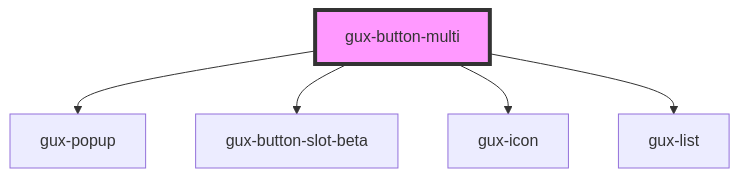
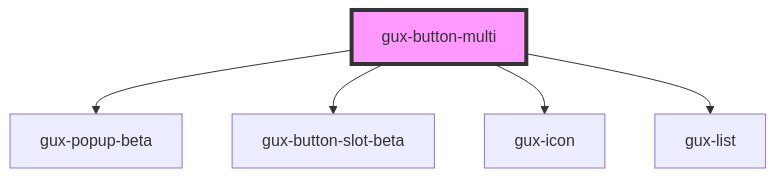
One commit to MyPureCloud/genesys-spark changed the diagram in src/components/stable/gux-button-multi/readme.md. Above: the diagram before and after it, drawn with Mermaid. The commit also changed other lines of this file and 11 other files, not shown here.

First line of the commit message:
fix(gux-popup-beta): action-button and button-multi now use floating-ui popup (#1132)

````diff
--- a/src/components/stable/gux-button-multi/readme.md
+++ b/src/components/stable/gux-button-multi/readme.md
@@ -51,8 +51,8 @@
 ```mermaid
 graph TD;
-  gux-button-multi --> gux-popup
+  gux-button-multi --> gux-popup-beta
   gux-button-multi --> gux-button-slot-beta
   gux-button-multi --> gux-icon
   gux-button-multi --> gux-list
   style gux-button-multi fill:#f9f,stroke:#333,stroke-width:4px
 ```
````
